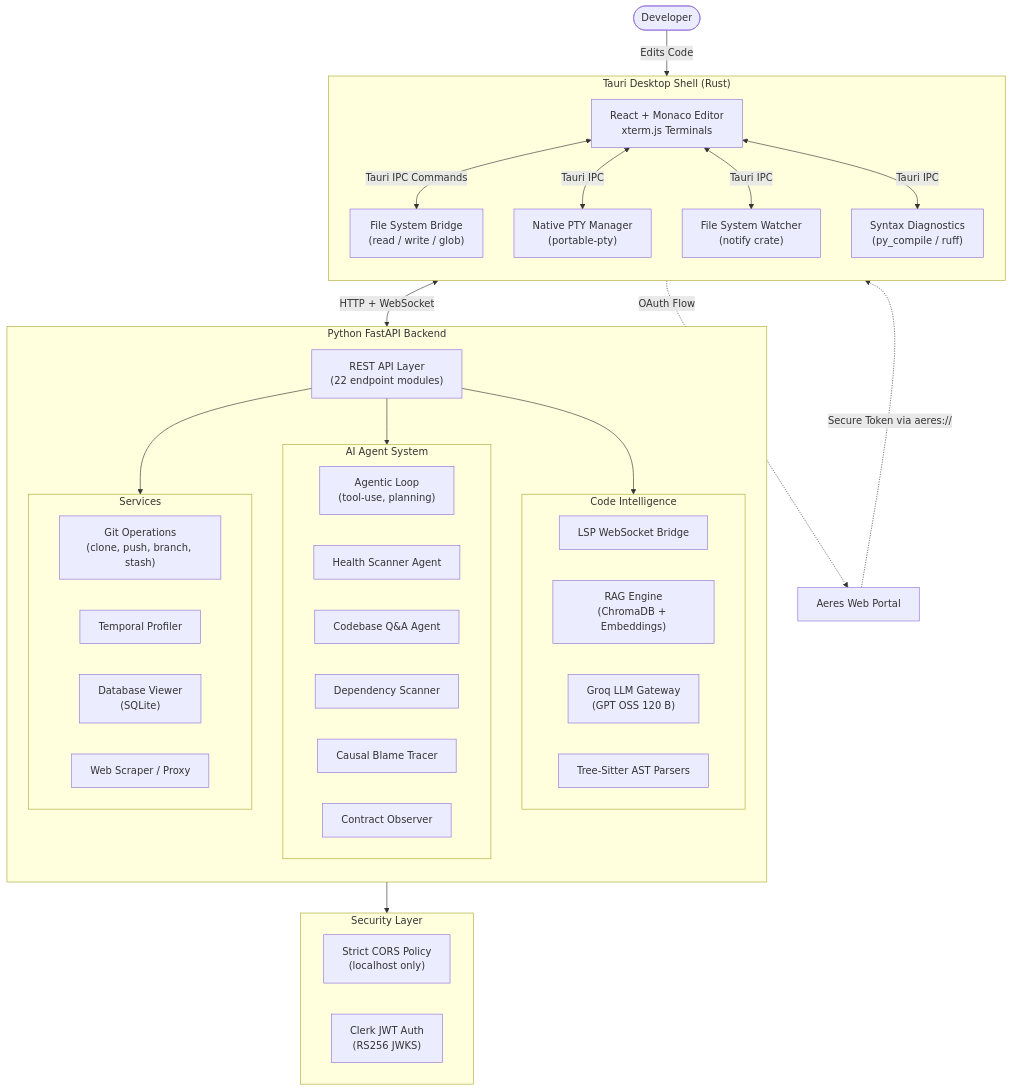
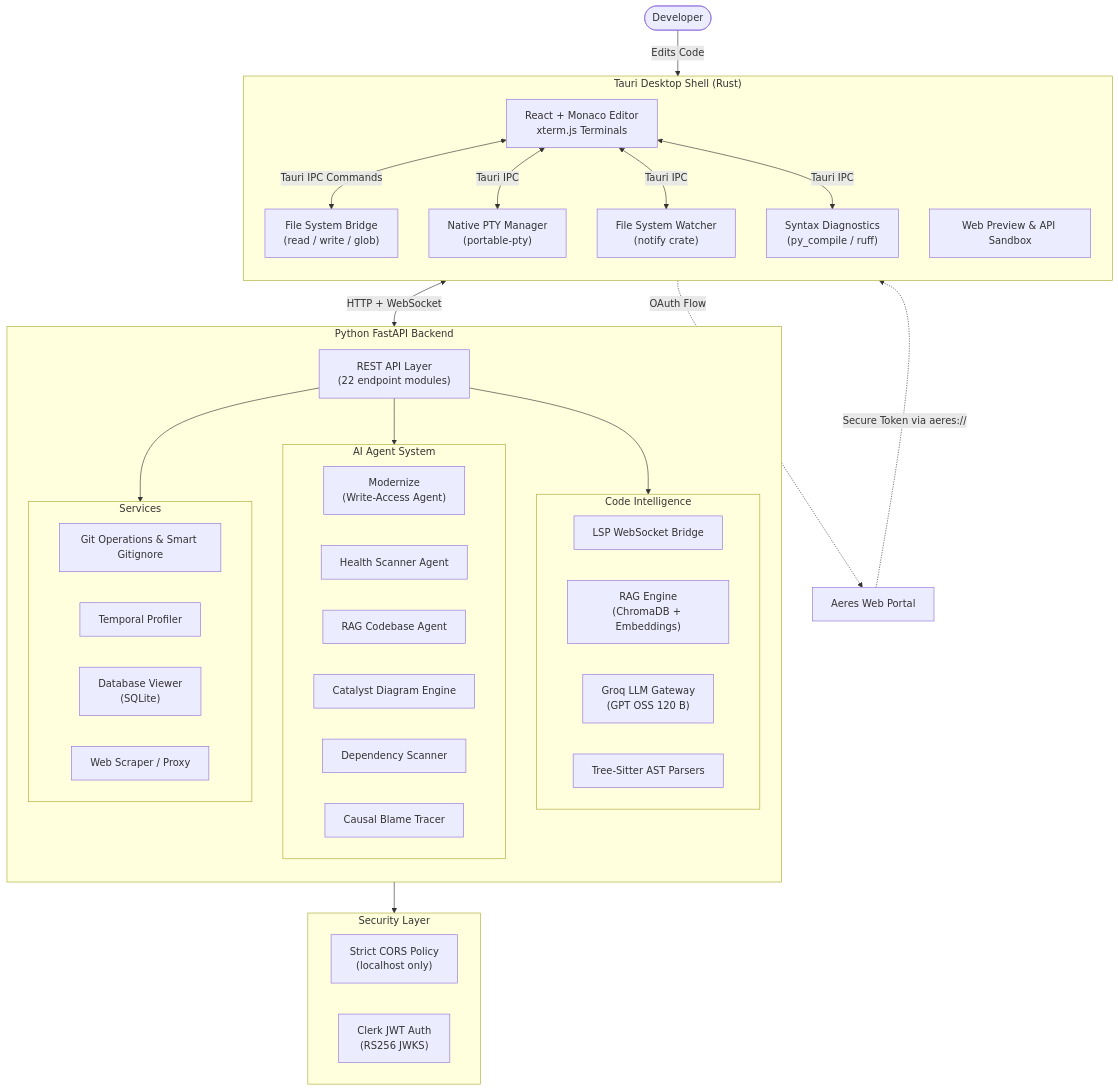
Before and after one commit to LAN-SHLOK/Aeres-IDE: the diagram in README.md, drawn with Mermaid. The commit also changed other lines of this file, not shown here.

````diff
--- a/README.md
+++ b/README.md
@@ -66,60 +73,60 @@
 ```mermaid
 graph TD
     Dev([Developer]) -->|Edits Code| UI
 
     subgraph Desktop["Tauri Desktop Shell (Rust)"]
         direction TB
         UI["React + Monaco Editor<br/>xterm.js Terminals"]
         PTY["Native PTY Manager<br/>(portable-pty)"]
         FSWatcher["File System Watcher<br/>(notify crate)"]
         Diagnostics["Syntax Diagnostics<br/>(py_compile / ruff)"]
         FS["File System Bridge<br/>(read / write / glob)"]
+        Sandbox["Web Preview & API Sandbox"]
     end
 
     subgraph Backend["Python FastAPI Backend"]
         direction TB
         API["REST API Layer<br/>(22 endpoint modules)"]
         
         subgraph Agents["AI Agent System"]
-            AgentLoop["Agentic Loop<br/>(tool-use, planning)"]
+            AgentLoop["Modernize<br/>(Write-Access Agent)"]
             HealthAgent["Health Scanner Agent"]
-            CodebaseAgent["Codebase Q&A Agent"]
+            CodebaseAgent["RAG Codebase Agent"]
+            CatalystMap["Catalyst Diagram Engine"]
             DepScanner["Dependency Scanner"]
             CausalTracer["Causal Blame Tracer"]
-            ContractObs["Contract Observer"]
         end
 
         subgraph Intelligence["Code Intelligence"]
             LSP["LSP WebSocket Bridge"]
             RAG["RAG Engine<br/>(ChromaDB + Embeddings)"]
             Groq["Groq LLM Gateway<br/>(GPT OSS 120 B)"]
             TreeSitter["Tree-Sitter AST Parsers"]
         end
 
         subgraph Services["Services"]
-            GitOps["Git Operations<br/>(clone, push, branch, stash)"]
+            GitOps["Git Operations & Smart Gitignore"]
             Perf["Temporal Profiler"]
             DBViewer["Database Viewer<br/>(SQLite)"]
-
             Proxy["Web Scraper / Proxy"]
         end
     end
 
     subgraph Security["Security Layer"]
         CORS["Strict CORS Policy<br/>(localhost only)"]
         Auth["Clerk JWT Auth<br/>(RS256 JWKS)"]
     end
 
     UI <-->|Tauri IPC Commands| FS
     UI <-->|Tauri IPC| PTY
     UI <-->|Tauri IPC| FSWatcher
     UI <-->|Tauri IPC| Diagnostics
     UI <-->|HTTP + WebSocket| API
     API --> Agents
     API --> Intelligence
     API --> Services
     API --> Security
 
     UI -.->|OAuth Flow| Portal["Aeres Web Portal"]
     Portal -.->|Secure Token via aeres://| UI
 ```
````
